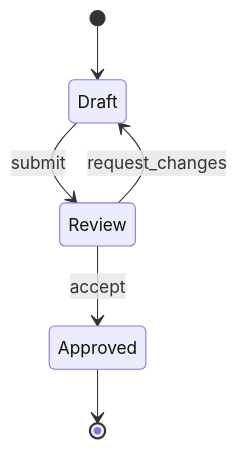
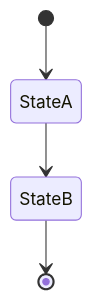
One commit to palucdev/owflow changed the fourth of 5 diagrams in src/skills/diagrams-mermaid/references/reference.md. Above: the diagram before and after it, drawn with Mermaid. The commit also changed other lines of this file and 15 other files, not shown here.

First line of the commit message:
Improved mermaid skill instructions, diagrams regeneration (#37)

````diff
--- a/src/skills/diagrams-mermaid/references/reference.md
+++ b/src/skills/diagrams-mermaid/references/reference.md
@@ -57,8 +148,6 @@
 ```mermaid
 stateDiagram-v2
-  [*] --> Draft
-  Draft --> Review: submit
-  Review --> Approved: accept
-  Review --> Draft: request_changes
-  Approved --> [*]
+  [*] --> StateA
+  StateA --> StateB: <trigger from context>
+  StateB --> [*]: <completion from context>
 ```
````
